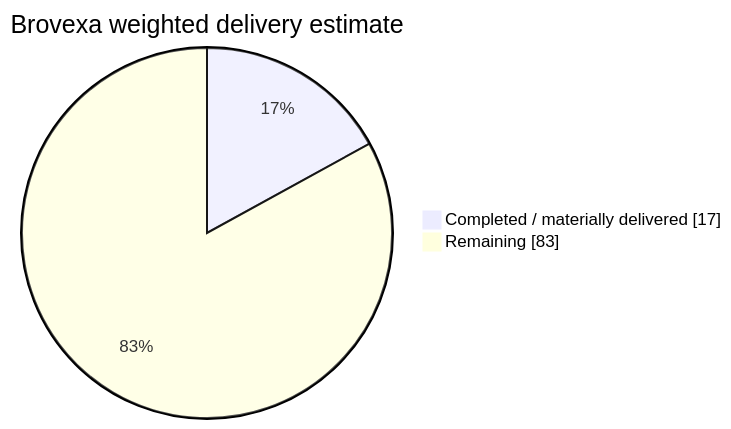
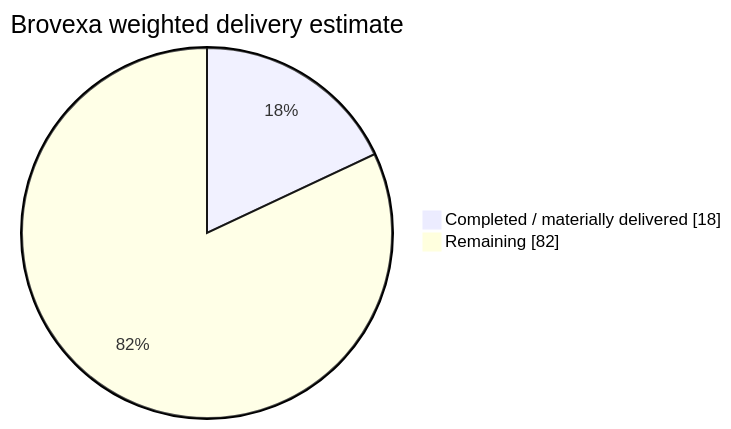
The diagram in README.md (Vertex-Systems-Network/brovexa), drawn with Mermaid before and after one commit. The commit also changed other lines of this file, not shown here.

````diff
--- a/README.md
+++ b/README.md
@@ -17,6 +17,6 @@
 ```mermaid
 pie showData
     title Brovexa weighted delivery estimate
-    "Completed / materially delivered" : 17
-    "Remaining" : 83
+    "Completed / materially delivered" : 18
+    "Remaining" : 82
 ```
````
